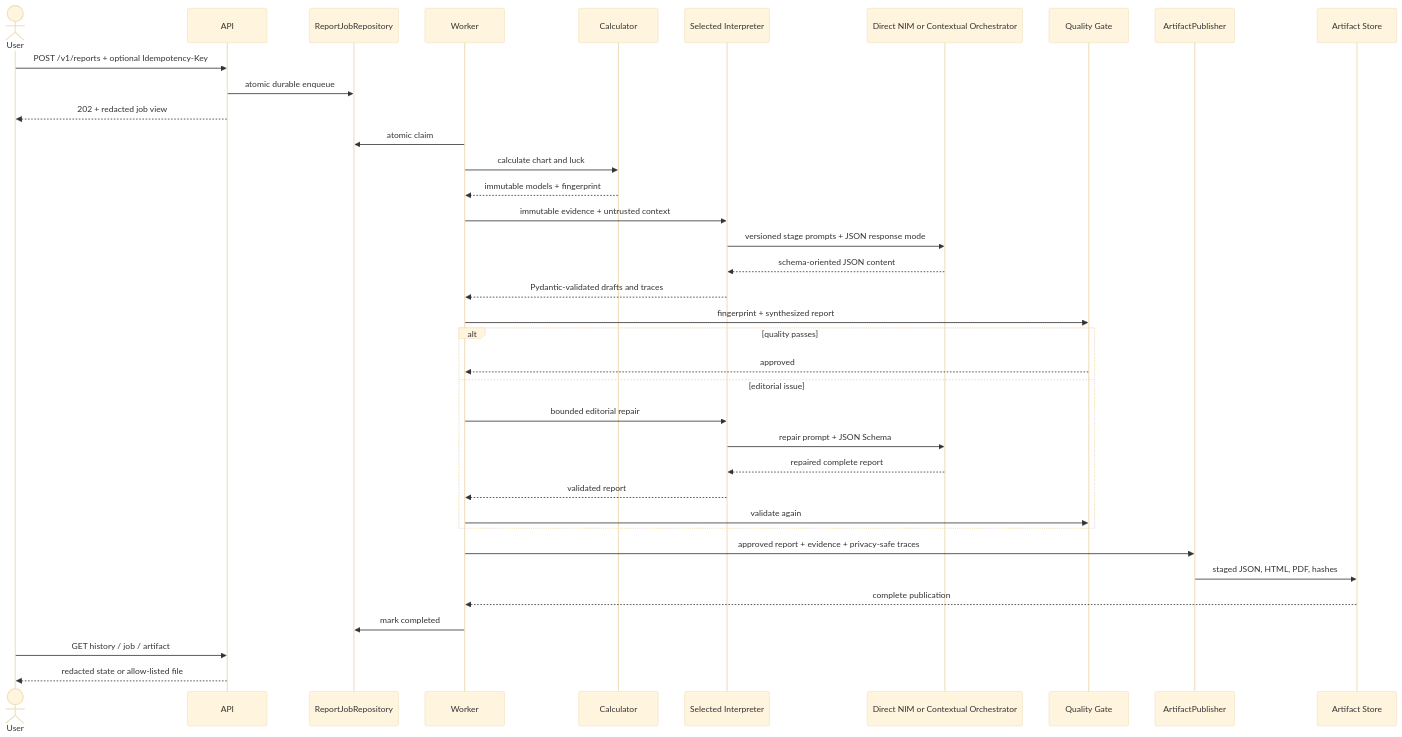
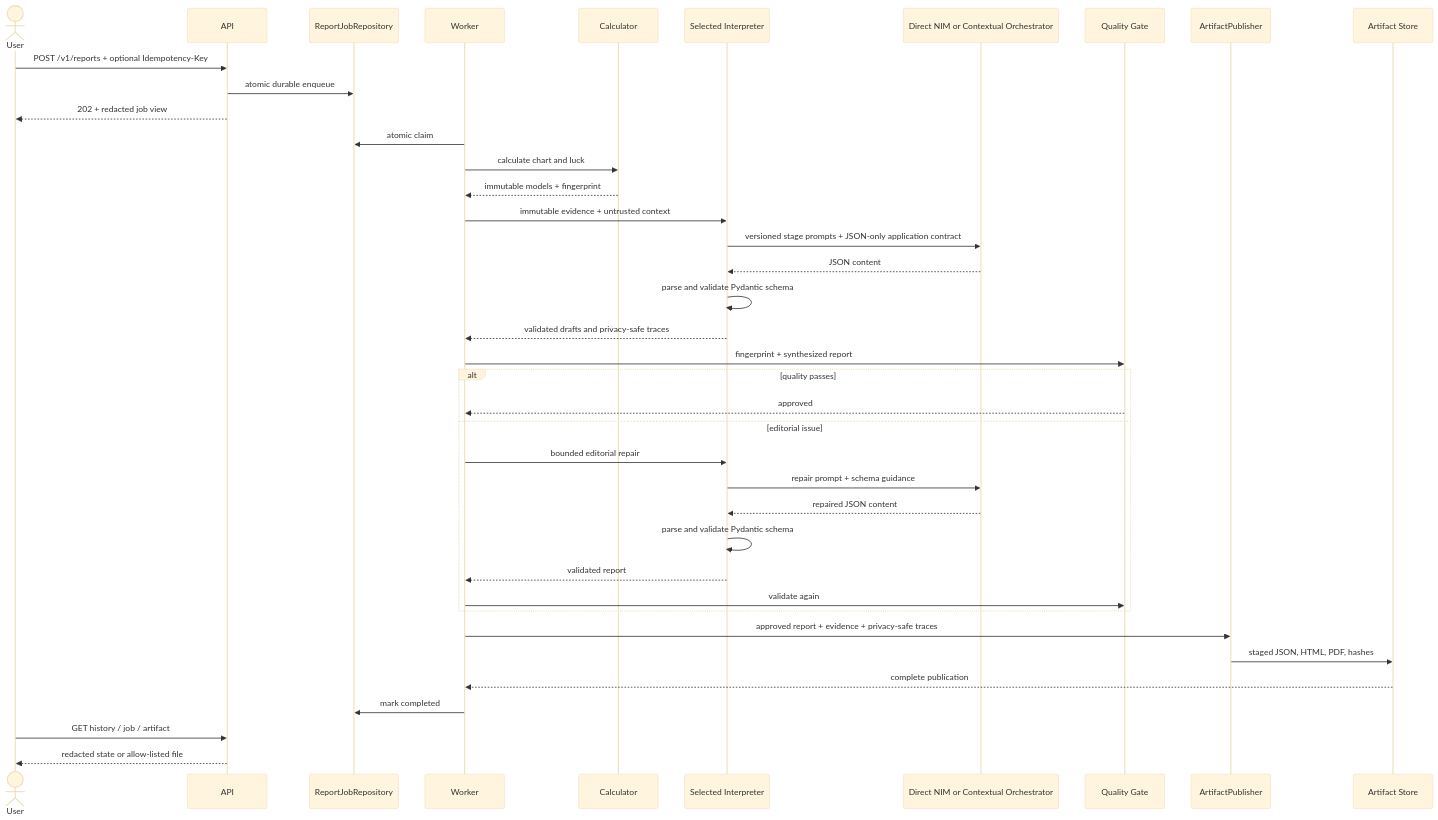
One commit to ContextualWisdomLab/four-pillars changed the third of 8 diagrams in docs/uml/architecture.md. Above: the diagram before and after it, drawn with Mermaid (base theme). The commit also changed other lines of this file, not shown here.

Commit message:
docs: align UML with current runtime and data authority

````diff
--- a/docs/uml/architecture.md
+++ b/docs/uml/architecture.md
@@ -73,40 +77,42 @@
 ```mermaid
 sequenceDiagram
   actor U as User
   participant A as API
   participant Q as ReportJobRepository
   participant W as Worker
   participant C as Calculator
   participant I as Selected Interpreter
   participant M as Direct NIM or Contextual Orchestrator
   participant G as Quality Gate
   participant R as ArtifactPublisher
   participant S as Artifact Store
 
   U->>A: POST /v1/reports + optional Idempotency-Key
   A->>Q: atomic durable enqueue
   A-->>U: 202 + redacted job view
   W->>Q: atomic claim
   W->>C: calculate chart and luck
   C-->>W: immutable models + fingerprint
   W->>I: immutable evidence + untrusted context
-  I->>M: versioned stage prompts + JSON response mode
-  M-->>I: schema-oriented JSON content
-  I-->>W: Pydantic-validated drafts and traces
+  I->>M: versioned stage prompts + JSON-only application contract
+  M-->>I: JSON content
+  I->>I: parse and validate Pydantic schema
+  I-->>W: validated drafts and privacy-safe traces
   W->>G: fingerprint + synthesized report
   alt quality passes
     G-->>W: approved
   else editorial issue
     W->>I: bounded editorial repair
-    I->>M: repair prompt + JSON Schema
-    M-->>I: repaired complete report
+    I->>M: repair prompt + schema guidance
+    M-->>I: repaired JSON content
+    I->>I: parse and validate Pydantic schema
     I-->>W: validated report
     W->>G: validate again
   end
   W->>R: approved report + evidence + privacy-safe traces
   R->>S: staged JSON, HTML, PDF, hashes
   S-->>W: complete publication
   W->>Q: mark completed
   U->>A: GET history / job / artifact
   A-->>U: redacted state or allow-listed file
 ```
````
